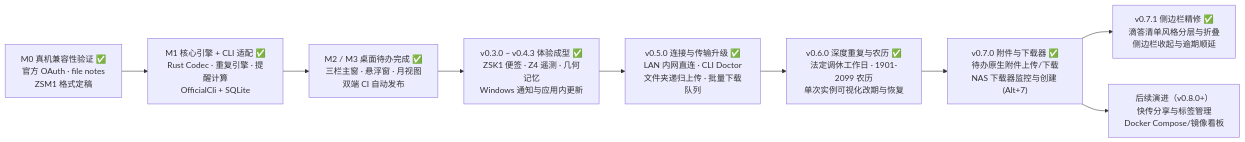
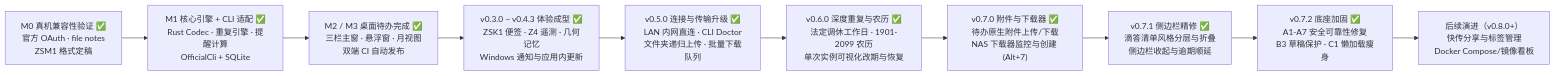
Before and after one commit to garyhj/ZSpaceMemo: the second of 2 diagrams in docs/DESIGN.md, drawn with Mermaid. The commit also changed other lines of this file and 26 other files, not shown here.

````diff
--- a/docs/DESIGN.md
+++ b/docs/DESIGN.md
@@ -169,11 +169,12 @@
 ```mermaid
 flowchart LR
   M0["M0 真机兼容性验证 ✅<br/>官方 OAuth · file notes<br/>ZSM1 格式定稿"] --> M1["M1 核心引擎 + CLI 适配 ✅<br/>Rust Codec · 重复引擎 · 提醒计算<br/>OfficialCli + SQLite"]
   M1 --> M2["M2 / M3 桌面待办完成 ✅<br/>三栏主窗 · 悬浮窗 · 月视图<br/>双端 CI 自动发布"]
   M2 --> V030["v0.3.0 ~ v0.4.3 体验成型 ✅<br/>ZSK1 便签 · Z4 遥测 · 几何记忆<br/>Windows 通知与应用内更新"]
   V030 --> V050["v0.5.0 连接与传输升级 ✅<br/>LAN 内网直连 · CLI Doctor<br/>文件夹递归上传 · 批量下载队列"]
   V050 --> V060["v0.6.0 深度重复与农历 ✅<br/>法定调休工作日 · 1901-2099 农历<br/>单次实例可视化改期与恢复"]
   V060 --> V070["v0.7.0 附件与下载器 ✅<br/>待办原生附件上传/下载<br/>NAS 下载器监控与创建 (Alt+7)"]
   V070 --> V071["v0.7.1 侧边栏精修 ✅<br/>滴答清单风格分层与折叠<br/>侧边栏收起与逾期顺延"]
-  V070 --> NEXT["后续演进（v0.8.0+）<br/>快传分享与标签管理<br/>Docker Compose/镜像看板"]
+  V071 --> V072["v0.7.2 底座加固 ✅<br/>A1-A7 安全可靠性修复<br/>B3 草稿保护 · C1 懒加载瘦身"]
+  V072 --> NEXT["后续演进（v0.8.0+）<br/>快传分享与标签管理<br/>Docker Compose/镜像看板"]
 ```
````
